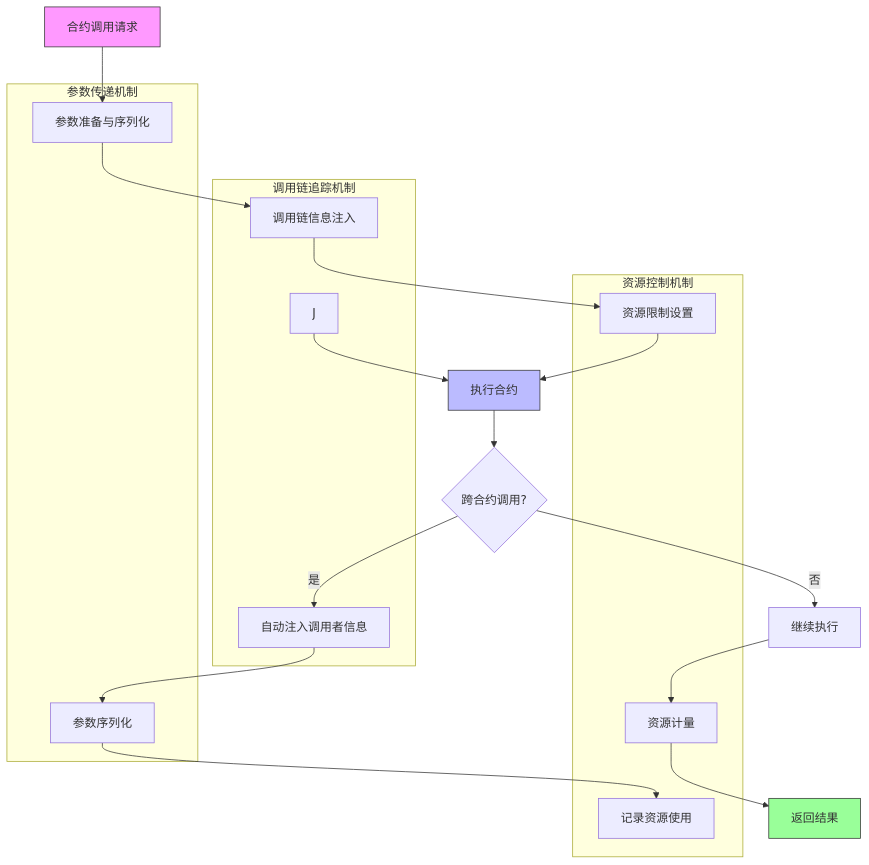
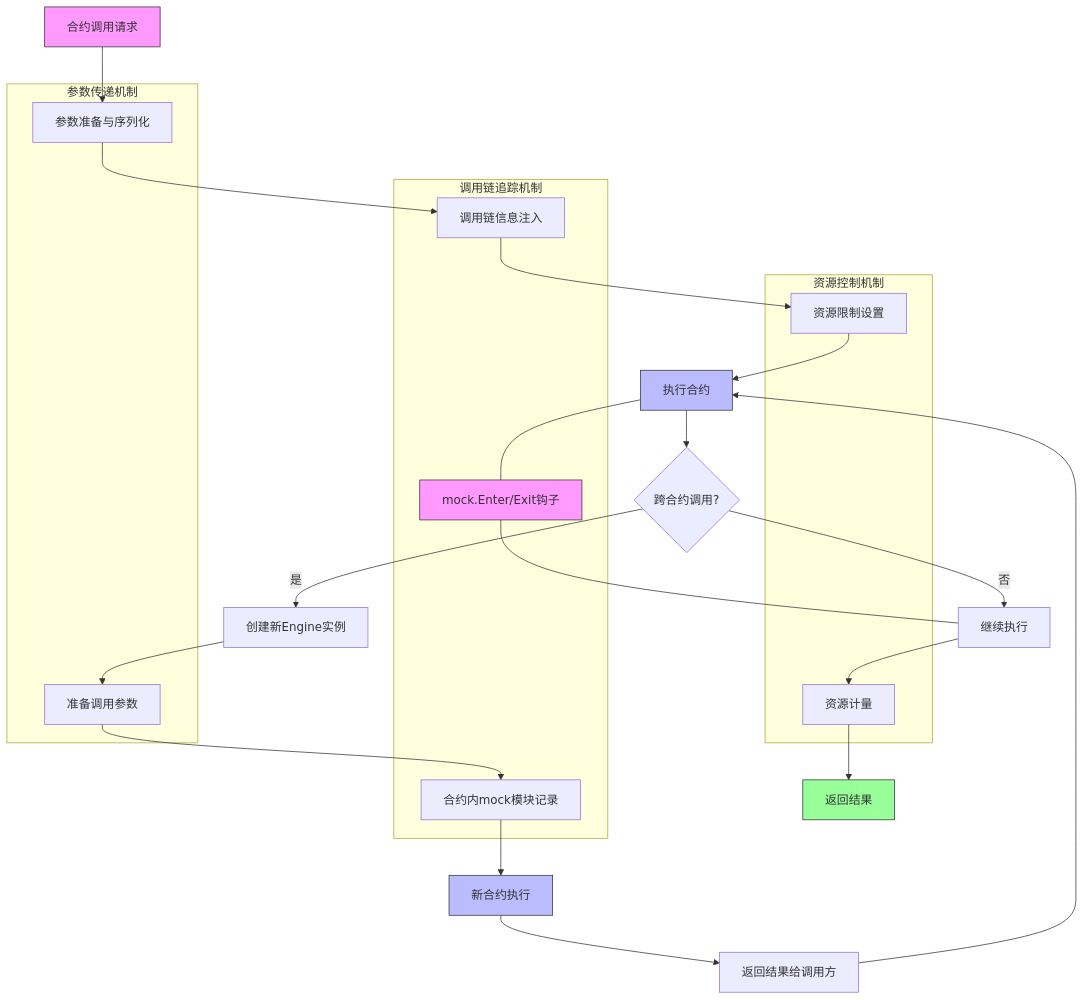
The fifth of 6 diagrams in docs/wasm_contract_execution.md (govm-net/vm), drawn with Mermaid before and after one commit. The commit also changed other lines of this file and 51 other files, not shown here.

````diff
--- a/docs/wasm_contract_execution.md
+++ b/docs/wasm_contract_execution.md
@@ -648,38 +1152,44 @@
 ```mermaid
 flowchart TD
     A[合约调用请求] --> B[参数准备与序列化]
     B --> C[调用链信息注入]
     C --> D[资源限制设置]
     D --> E[执行合约]
     
     E --> F{跨合约调用?}
-    F -- 是 --> G[自动注入调用者信息]
-    G --> H[参数序列化]
-    H --> I[记录资源使用]
-    J --> E
+    F -- 是 --> G[创建新Engine实例]
+    G --> H[准备调用参数]
+    H --> I[合约内mock模块记录]
+    I --> J[新合约执行]
+    J --> K[返回结果给调用方]
+    K --> E
     
-    F -- 否 --> K[继续执行]
-    K --> L[资源计量]
-    L --> M[返回结果]
+    F -- 否 --> L[继续执行]
+    L --> M[资源计量]
+    M --> N[返回结果]
     
     subgraph 调用链追踪机制
         C
-        G
-        J
+        I
+        O[mock.Enter/Exit钩子]
     end
+    
+    E --- O
+    O --- L
     
     subgraph 参数传递机制
         B
         H
     end
     
     subgraph 资源控制机制
         D
-        I
-        L
+        M
     end
     
     style A fill:#f9f,stroke:#333
     style E fill:#bbf,stroke:#333
-    style M fill:#9f9,stroke:#333
+    style N fill:#9f9,stroke:#333
+    style O fill:#f9f,stroke:#333
+    style J fill:#bbf,stroke:#333
 ```
````
